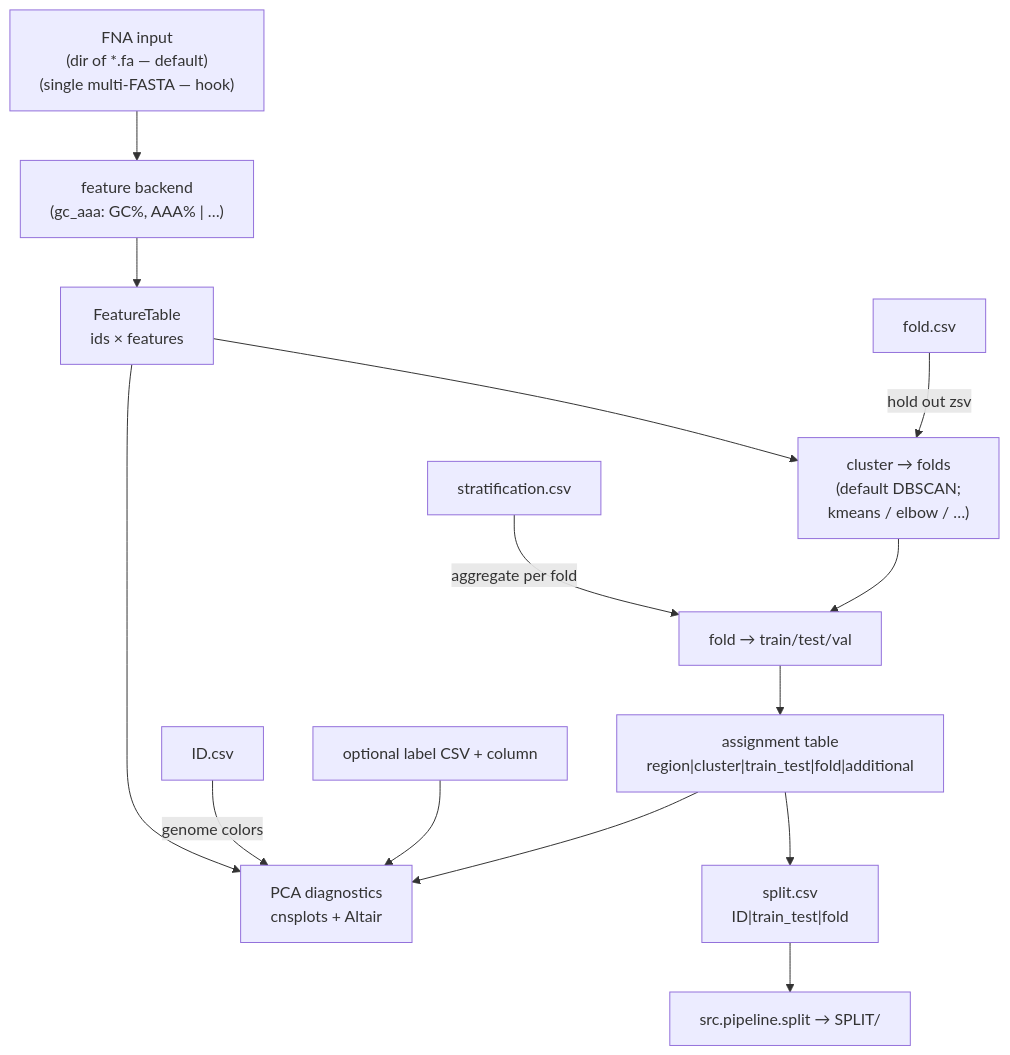
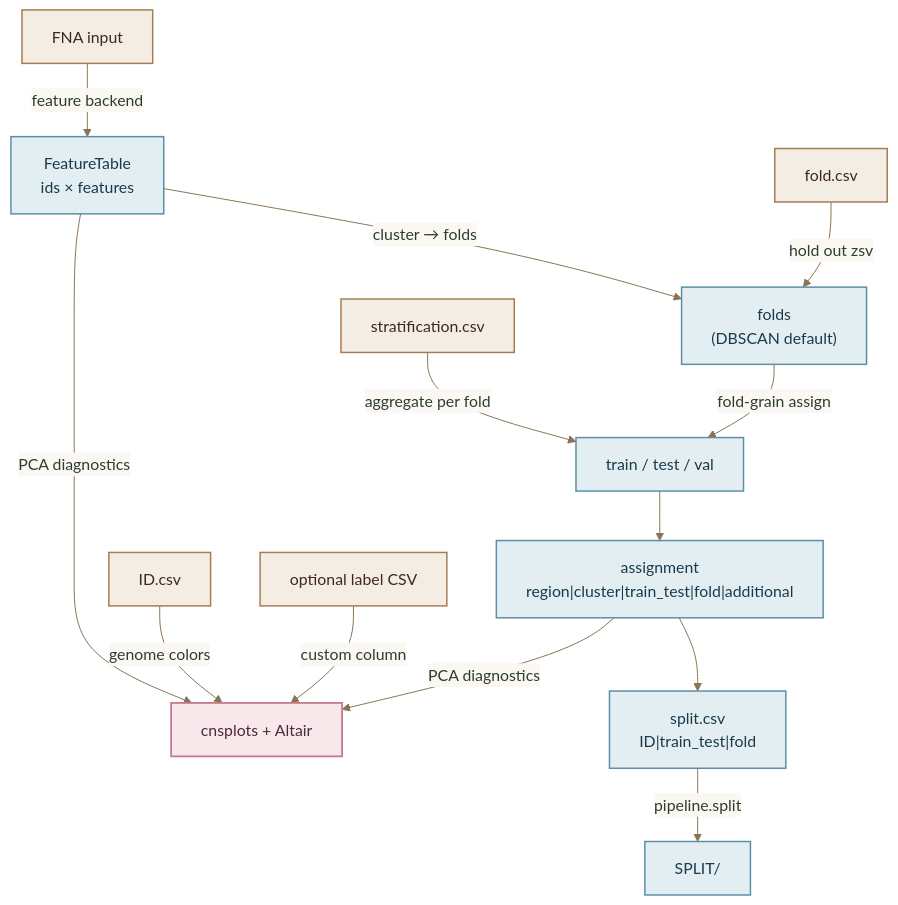
Before and after one commit to Sirius-Back/Giga_Mario: the diagram in wiki/sbs.md, drawn with Mermaid. The commit also changed other lines of this file and 10 other files, not shown here.

Commit message:
Refresh wiki and README architecture / pipeline docs.

````diff
--- a/wiki/sbs.md
+++ b/wiki/sbs.md
@@ -11,16 +11,24 @@
 ```mermaid
+%%{init: {'theme':'base','themeVariables':{'primaryColor':'#E8F0E6','primaryTextColor':'#2C3E2D','primaryBorderColor':'#6B8F71','lineColor':'#8B7355','secondaryColor':'#E3EEF3','tertiaryColor':'#F4EDE4','clusterBkg':'#FBF8F4','clusterBorder':'#C4B5A0','edgeLabelBackground':'#FBF8F4','fontFamily':'ui-sans-serif, system-ui, sans-serif'}}}%%
 flowchart TD
-    FNA["FNA input\n(dir of *.fa — default)\n(single multi-FASTA — hook)"] --> FB["feature backend\n(gc_aaa: GC%, AAA% | …)"]
-    FB --> FT["FeatureTable\nids × features"]
-    FT --> C["cluster → folds\n(default DBSCAN;\nkmeans / elbow / …)"]
-    FoldCSV["fold.csv"] -->|hold out zsv| C
-    Strat["stratification.csv"] -->|aggregate per fold| TT["fold → train/test/val"]
-    C --> TT
-    TT --> AT["assignment table\nregion|cluster|train_test|fold|additional"]
+    FNA["FNA input"] -->|feature backend| FT["FeatureTable\nids × features"]
+    FT -->|cluster → folds| C["folds\n(DBSCAN default)"]
+    FoldCSV[fold.csv] -->|hold out zsv| C
+    C -->|fold-grain assign| TT["train / test / val"]
+    Strat[stratification.csv] -->|aggregate per fold| TT
+    TT --> AT["assignment\nregion|cluster|train_test|fold|additional"]
     AT --> SC["split.csv\nID|train_test|fold"]
-    SC --> SPL["src.pipeline.split → SPLIT/"]
-    FT --> PCA["PCA diagnostics\ncnsplots + Altair"]
-    AT --> PCA
-    IDcsv["ID.csv"] -->|genome colors| PCA
-    Strat2["optional label CSV + column"] --> PCA
+    SC -->|pipeline.split| SPL["SPLIT/"]
+    FT -->|PCA diagnostics| PCA["cnsplots + Altair"]
+    AT -->|PCA diagnostics| PCA
+    IDcsv[ID.csv] -->|genome colors| PCA
+    Strat2["optional label CSV"] -->|custom column| PCA
+
+    classDef earth fill:#F4EDE4,stroke:#A67C52,stroke-width:1.5px,color:#3E2723
+    classDef ocean fill:#E3EEF3,stroke:#5B8FA8,stroke-width:1.5px,color:#1A3A4A
+    classDef liposome fill:#F8E8EC,stroke:#C47A8A,stroke-width:1.8px,color:#4A2C35
+
+    class FNA,FoldCSV,Strat,IDcsv,Strat2 earth
+    class FT,C,TT,AT,SC,SPL ocean
+    class PCA liposome
 ```
````
